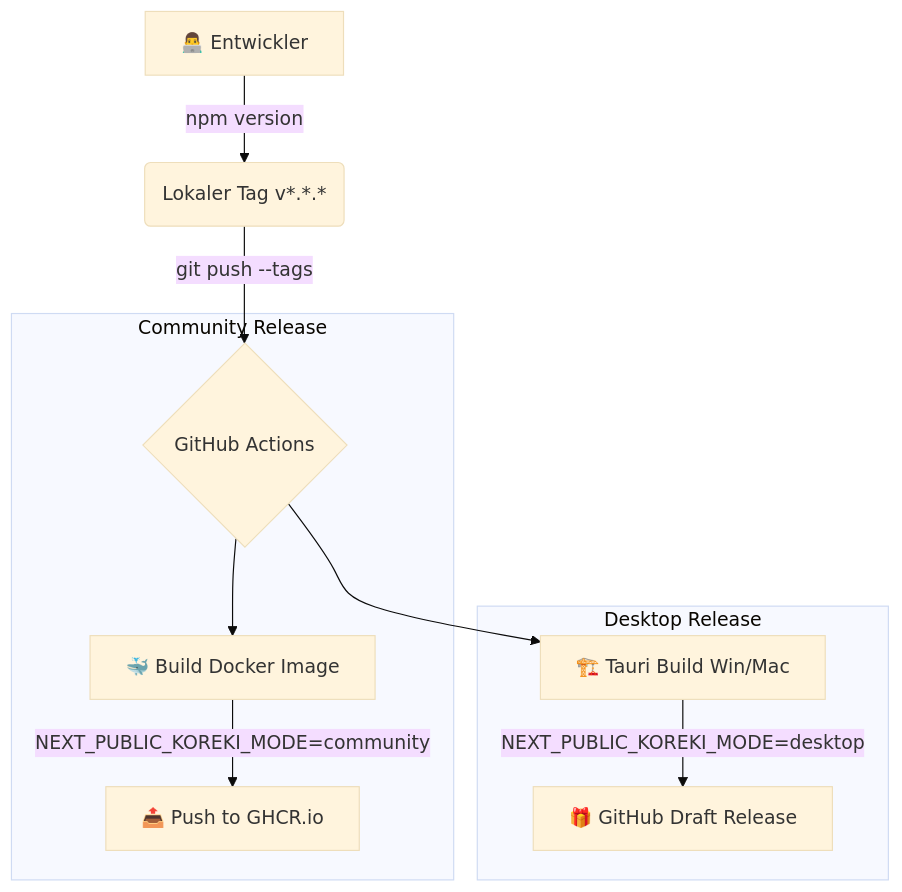
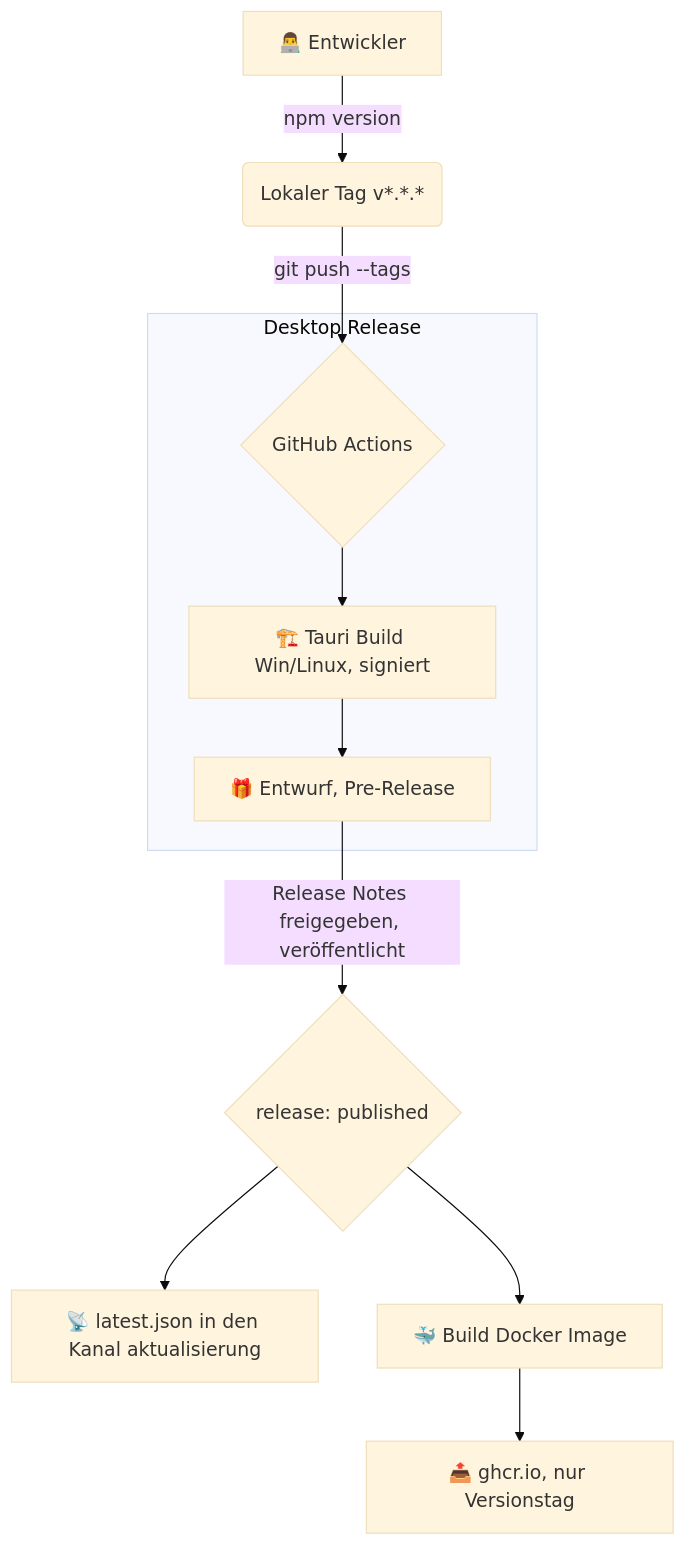
The diagram in docs/operations/release-process.md (koreki-org/koreki), drawn with Mermaid (base theme) before and after one commit. The commit also changed other lines of this file and 7 other files, not shown here.

First line of the commit message:
feat(release): Releases per GitHub CLI, nur Pre-Releases, fester Update-Kanal

````diff
--- a/docs/operations/release-process.md
+++ b/docs/operations/release-process.md
@@ -19,15 +19,15 @@
 ```mermaid
 graph TD
     A[👨‍💻 Entwickler] -->|npm version| B(Lokaler Tag v*.*.*)
     B -->|git push --tags| C{GitHub Actions}
     
-    subgraph "Community Release"
-        C --> D[🐳 Build Docker Image]
-        D -->|NEXT_PUBLIC_KOREKI_MODE=community| E[📤 Push to GHCR.io]
+    subgraph "Desktop Release"
+        C --> F[🏗️ Tauri Build Win/Linux, signiert]
+        F --> G[🎁 Entwurf, Pre-Release]
     end
-    
-    subgraph "Desktop Release"
-        C --> F[🏗️ Tauri Build Win/Mac]
-        F -->|NEXT_PUBLIC_KOREKI_MODE=desktop| G[🎁 GitHub Draft Release]
-    end
+
+    G -->|Release Notes freigegeben, veröffentlicht| H{release: published}
+    H --> I[📡 latest.json in den Kanal aktualisierung]
+    H --> D[🐳 Build Docker Image]
+    D --> E[📤 ghcr.io, nur Versionstag]
 ```
````
